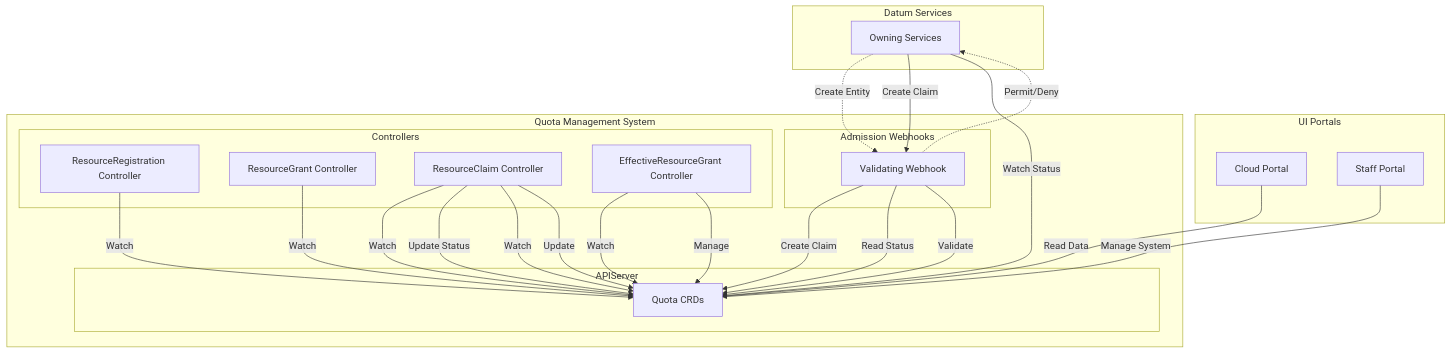
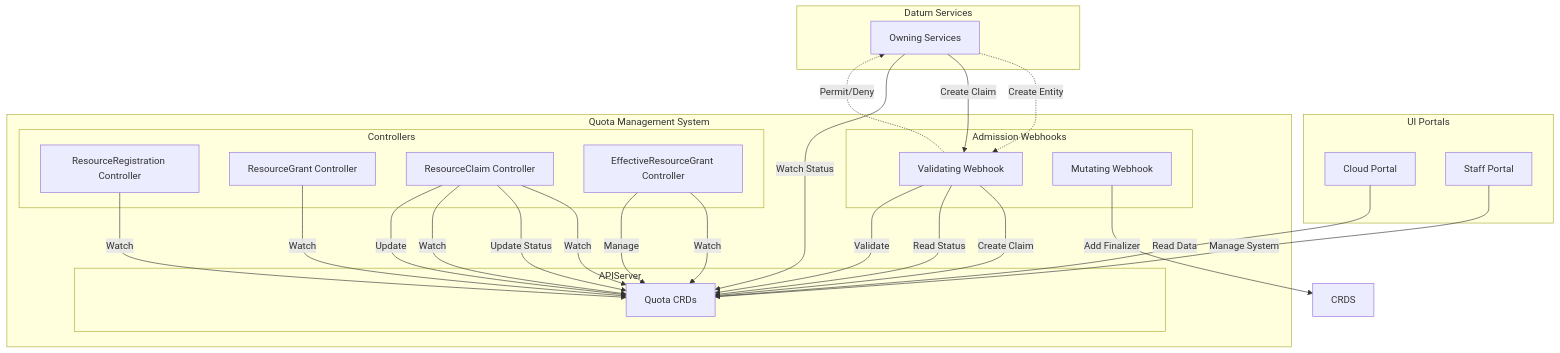
One commit to datum-cloud/enhancements changed the second of 4 diagrams in enhancements/platform/quota-management/README.md. Above: the diagram before and after it, drawn with Mermaid. The commit also changed other lines of this file, not shown here.

````diff
--- a/enhancements/platform/quota-management/README.md
+++ b/enhancements/platform/quota-management/README.md
@@ -1140,54 +1131,55 @@
 ```mermaid
 graph TD
     subgraph UIPortals["UI Portals"]
         CloudPortal["Cloud Portal"]
         StaffPortal["Staff Portal"]
     end
 
     subgraph DatumServices["Datum Services"]
         OwningServices["Owning Services"]
     end
 
     subgraph QuotaSystem["Quota Management System"]
         subgraph Webhooks["Admission Webhooks"]
             ValidatingWebhook["Validating Webhook"]
-            ValidatingWebhook["Validating Webhook"]
+            MutatingWebhook["Mutating Webhook"]
         end
         
         subgraph Controllers["Controllers"]
             RegistrationCtrl["ResourceRegistration Controller"]
             GrantCtrl["ResourceGrant Controller"]
             ClaimCtrl["ResourceClaim Controller"]
             EffectiveCtrl["EffectiveResourceGrant Controller"]
         end
         
         subgraph Storage["APIServer"]
             CRDs["Quota CRDs"]
         end
     end
 
     %% Entity Flow (Synchronous)
     OwningServices -.->|"Create Entity"| ValidatingWebhook
     ValidatingWebhook -->|"Create Claim"| CRDs
+    MutatingWebhook -->|"Add Finalizer" | CRDS
     ClaimCtrl -->|"Watch"| CRDs
     ClaimCtrl -->|"Update Status"| CRDs
     ValidatingWebhook -->|"Read Status"| CRDs
     ValidatingWebhook -.->|"Permit/Deny"| OwningServices
 
     %% Allocation Flow (Asynchronous)
     OwningServices -->|"Create Claim"| ValidatingWebhook
     ValidatingWebhook -->|"Validate"| CRDs
     ClaimCtrl -->|"Watch"| CRDs
     ClaimCtrl -->|"Update"| CRDs
     OwningServices -->|"Watch Status"| CRDs
 
     %% Controller Operations
     RegistrationCtrl -->|"Watch"| CRDs
     GrantCtrl -->|"Watch"| CRDs
     EffectiveCtrl -->|"Watch"| CRDs
     EffectiveCtrl -->|"Manage"| CRDs
 
     %% UI Access
     CloudPortal -->|"Read Data"| CRDs
     StaffPortal -->|"Manage System"| CRDs
 ```
````
